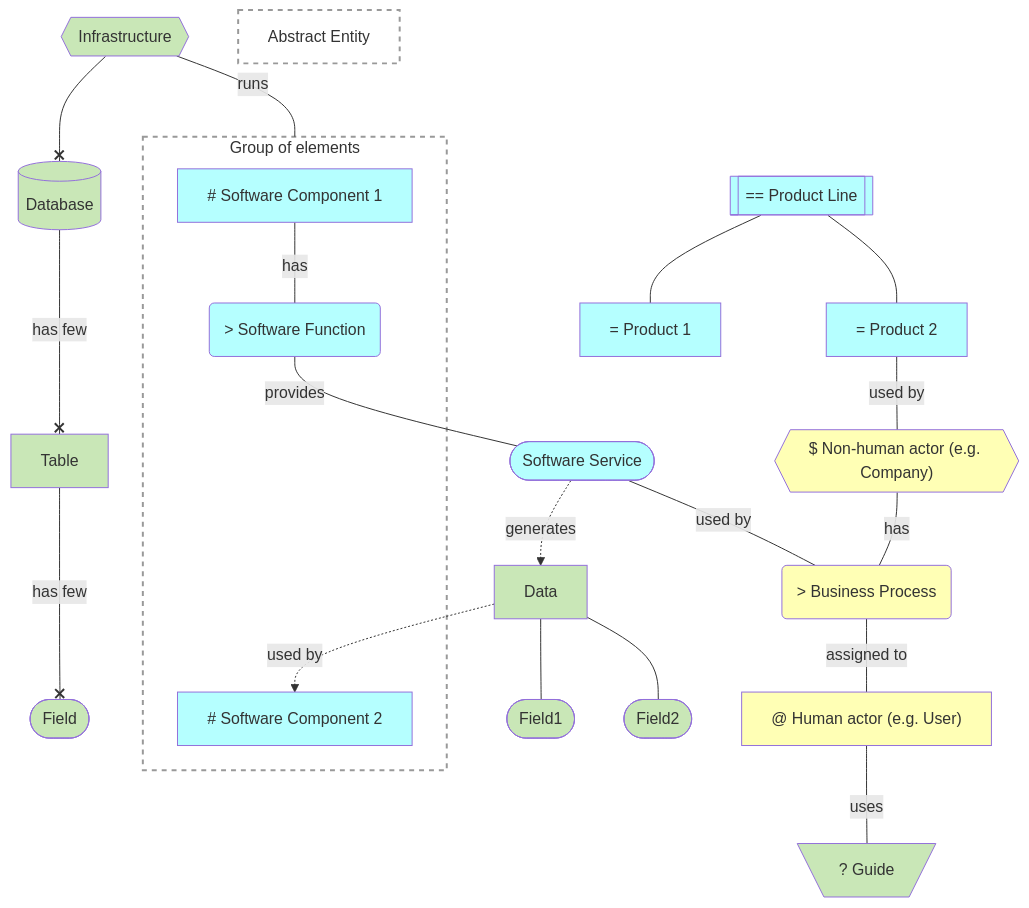
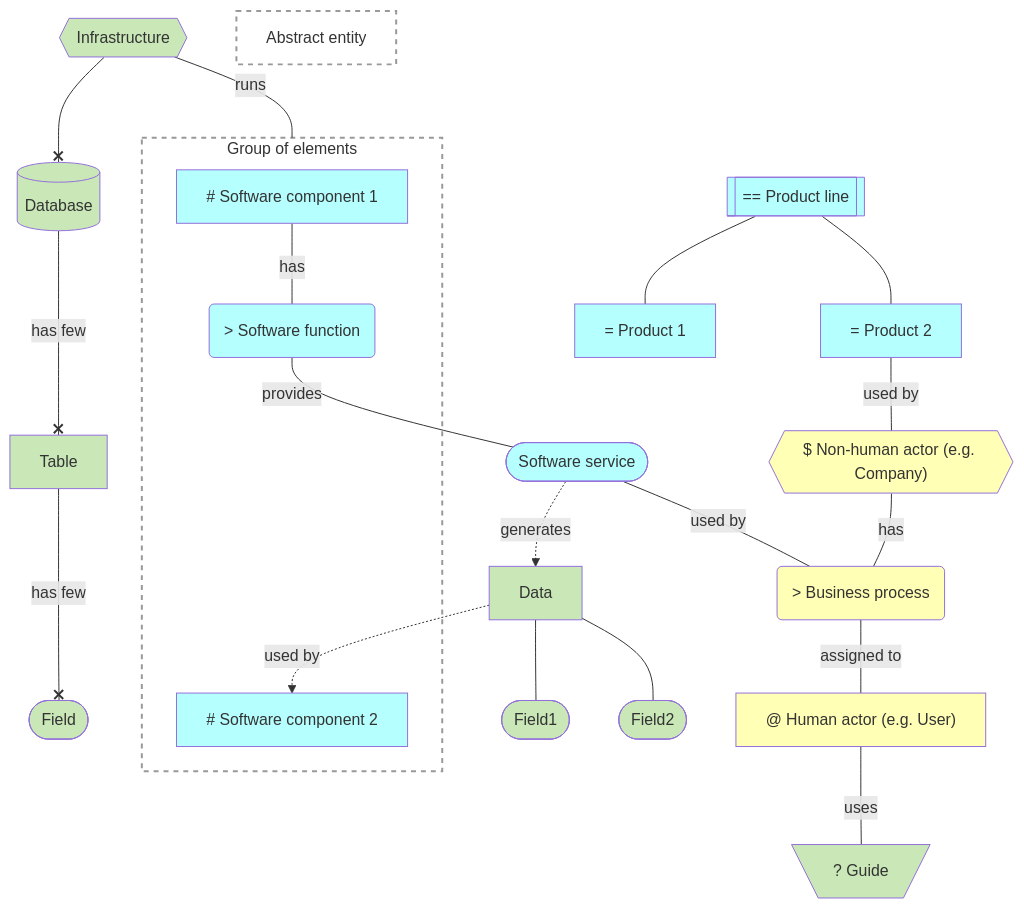
The diagram in concepts/notation.md (voedger/voedger-docs), drawn with Mermaid before and after one commit.

Commit message:
Update notation.md to use consistent notation for Guide and Product Line

````diff
--- a/concepts/notation.md
+++ b/concepts/notation.md
@@ -9,65 +9,65 @@
 ```mermaid
 graph TD
 
   %% Entities =================================
 
   Infrastructure{{Infrastructure}}:::H
   Database[(Database)]:::H
   Table:::H
   Field([Field]):::H
   Data:::H
   DataField1([Field1]):::H
   DataField2([Field2]):::H
-  AbstractEntity[Abstract Entity]:::G
+  AbstractEntity[Abstract entity]:::G
 
   Guide[\? Guide/]:::H
 
-  ProductLine[["== Product Line"]]:::S
+  ProductLine[["== Product line"]]:::S
     ProductLine --- Product1[= Product 1]:::S
     ProductLine --- Product2[= Product 2]:::S
 
   SoftwareComponents:::G
   subgraph SoftwareComponents[Group of elements]
-    SoftwareComponent["# Software Component 1"]:::S
-    SoftwareFunction("> Software Function"):::S
-    SoftwareComponent2["# Software Component 2"]:::S
+    SoftwareComponent["# Software component 1"]:::S
+    SoftwareFunction("> Software function"):::S
+    SoftwareComponent2["# Software component 2"]:::S
   end
   
-  SoftwareService([Software Service]):::S  
+  SoftwareService([Software service]):::S  
   
   User["@ Human actor (e.g. User)"]:::B
   Company{{"$ Non-human actor (e.g. Company)"}}:::B
-  BusinessProcess("> Business Process"):::B
+  BusinessProcess("> Business process"):::B
 
 
   %% Relations =================================
 
   Infrastructure ---|runs| SoftwareComponents
 
   SoftwareComponent --- |has| SoftwareFunction
   SoftwareFunction --- |provides| SoftwareService
 
   Infrastructure --x Database
   Database ---x|has few| Table
   Table ---x|has few| Field
 
   SoftwareService -.->|generates| Data
 
   SoftwareService --- |used by| BusinessProcess
   BusinessProcess --- |assigned to| User
 
   User --- |uses| Guide
 
   Data -.->|used by| SoftwareComponent2
 
   Data --- DataField1
   Data --- DataField2
   
   Product2 --- |used by| Company
   Company --- |has| BusinessProcess
 
   classDef B fill:#FFFFB5,color:#333
   classDef S fill:#B5FFFF,color:#333
   classDef H fill:#C9E7B7,color:#333
   classDef G fill:#ffffff15, stroke:#999, stroke-width:2px, stroke-dasharray: 5 5
 ```
````
